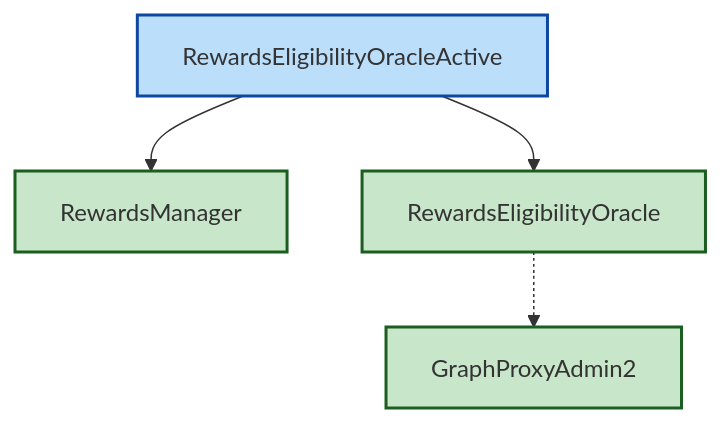
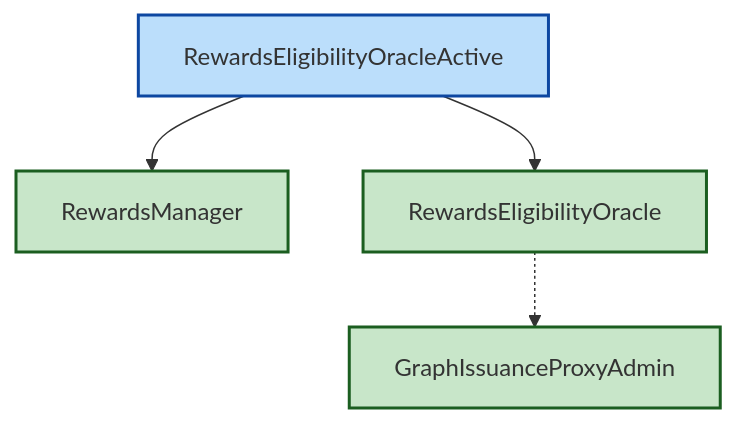
Before and after one commit to graphprotocol/contracts: the sixth of 10 diagrams in packages/deploy/Design.md, drawn with Mermaid. The commit also changed other lines of this file and 8 other files, not shown here.

First line of the commit message:
refactor(issuance-deploy): replace GraphProxyAdmin2 with GraphIssuanceProxyAdmin

````diff
--- a/packages/deploy/Design.md
+++ b/packages/deploy/Design.md
@@ -378,17 +378,17 @@
 ```mermaid
 graph TD
     RewardsManager[RewardsManager]
-    GraphProxyAdmin2[GraphProxyAdmin2]
+    GraphIssuanceProxyAdmin[GraphIssuanceProxyAdmin]
     RewardsEligibilityOracle[RewardsEligibilityOracle]
     RewardsEligibilityOracleActive[RewardsEligibilityOracleActive]
 
     RewardsEligibilityOracleActive --> RewardsEligibilityOracle
-    RewardsEligibilityOracle -.-> GraphProxyAdmin2
+    RewardsEligibilityOracle -.-> GraphIssuanceProxyAdmin
     RewardsEligibilityOracleActive --> RewardsManager
 
     classDef contract fill:#c8e6c9,stroke:#1b5e20,stroke-width:2px
     classDef config fill:#bbdefb,stroke:#0d47a1,stroke-width:2px
 
-    class RewardsManager,GraphProxyAdmin2,RewardsEligibilityOracle contract
+    class RewardsManager,GraphIssuanceProxyAdmin,RewardsEligibilityOracle contract
     class RewardsEligibilityOracleActive config
 ```
````
